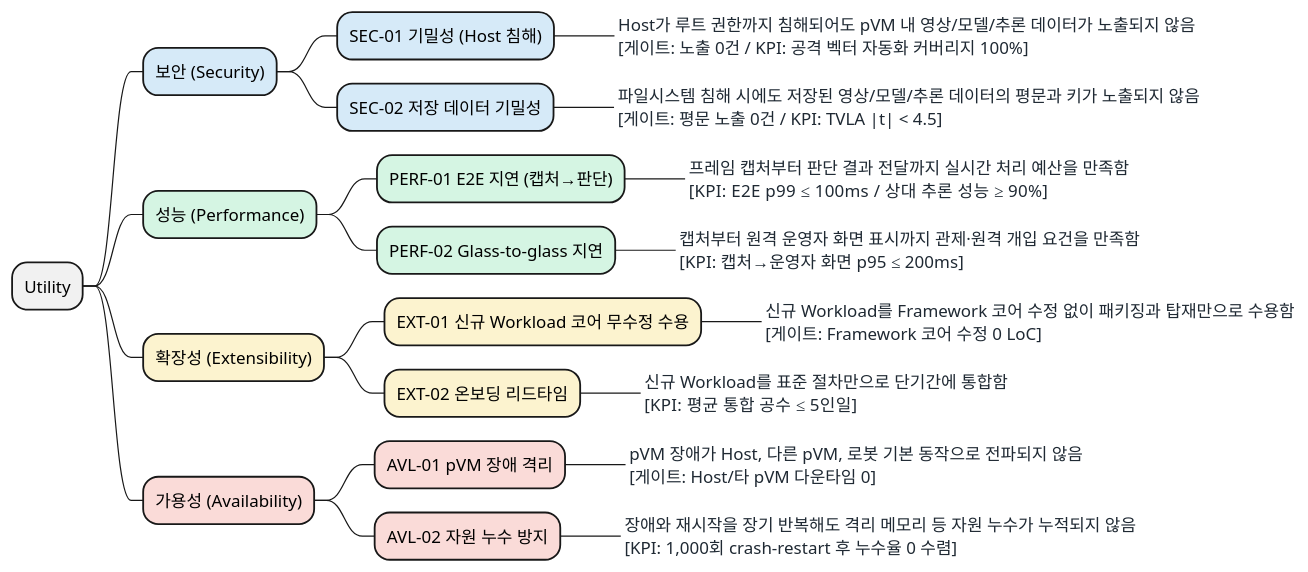
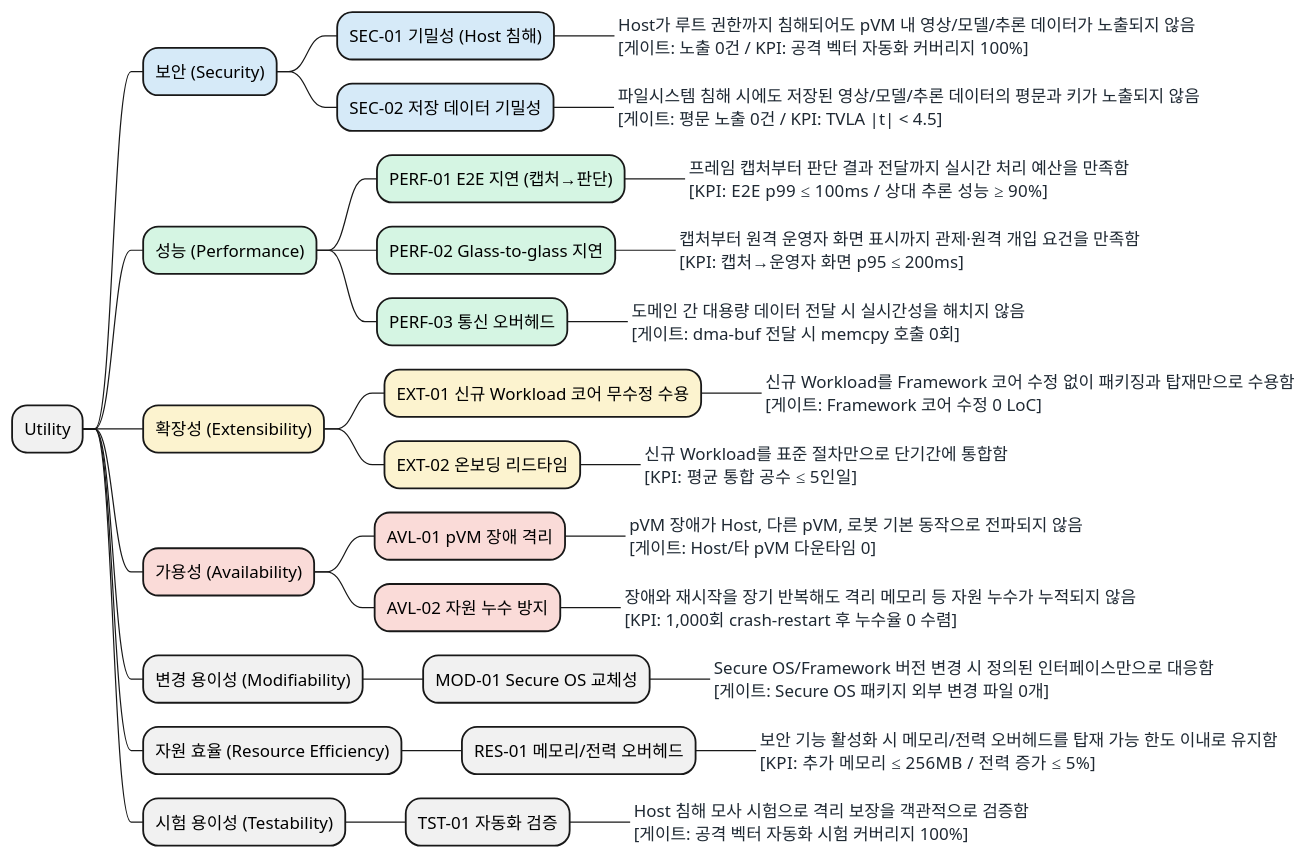
Before and after one commit to boram1288/test-p: the diagram in docs/03_utility_tree.md, drawn with PlantUML. The commit also changed other lines of this file, not shown here.

````diff
--- a/docs/03_utility_tree.md
+++ b/docs/03_utility_tree.md
@@ -27,32 +27,43 @@
 ```plantuml
 @startmindmap
 <style>
 mindmapDiagram {
   boxless {
     FontColor #1F2933
   }
 }
 </style>
 * Utility
 **[#D6EAF8] 보안 (Security)
 ***[#D6EAF8] SEC-01 기밀성 (Host 침해)
 ****_ Host가 루트 권한까지 침해되어도 pVM 내 영상/모델/추론 데이터가 노출되지 않음\n[게이트: 노출 0건 / KPI: 공격 벡터 자동화 커버리지 100%]
 ***[#D6EAF8] SEC-02 저장 데이터 기밀성
 ****_ 파일시스템 침해 시에도 저장된 영상/모델/추론 데이터의 평문과 키가 노출되지 않음\n[게이트: 평문 노출 0건 / KPI: TVLA |t| < 4.5]
 **[#D5F5E3] 성능 (Performance)
 ***[#D5F5E3] PERF-01 E2E 지연 (캡처→판단)
 ****_ 프레임 캡처부터 판단 결과 전달까지 실시간 처리 예산을 만족함\n[KPI: E2E p99 ≤ 100ms / 상대 추론 성능 ≥ 90%]
 ***[#D5F5E3] PERF-02 Glass-to-glass 지연
 ****_ 캡처부터 원격 운영자 화면 표시까지 관제·원격 개입 요건을 만족함\n[KPI: 캡처→운영자 화면 p95 ≤ 200ms]
+***[#D5F5E3] PERF-03 통신 오버헤드
+****_ 도메인 간 대용량 데이터 전달 시 실시간성을 해치지 않음\n[게이트: dma-buf 전달 시 memcpy 호출 0회]
 **[#FCF3CF] 확장성 (Extensibility)
 ***[#FCF3CF] EXT-01 신규 Workload 코어 무수정 수용
 ****_ 신규 Workload를 Framework 코어 수정 없이 패키징과 탑재만으로 수용함\n[게이트: Framework 코어 수정 0 LoC]
 ***[#FCF3CF] EXT-02 온보딩 리드타임
 ****_ 신규 Workload를 표준 절차만으로 단기간에 통합함\n[KPI: 평균 통합 공수 ≤ 5인일]
 **[#FADBD8] 가용성 (Availability)
 ***[#FADBD8] AVL-01 pVM 장애 격리
 ****_ pVM 장애가 Host, 다른 pVM, 로봇 기본 동작으로 전파되지 않음\n[게이트: Host/타 pVM 다운타임 0]
 ***[#FADBD8] AVL-02 자원 누수 방지
 ****_ 장애와 재시작을 장기 반복해도 격리 메모리 등 자원 누수가 누적되지 않음\n[KPI: 1,000회 crash-restart 후 누수율 0 수렴]
+** 변경 용이성 (Modifiability)
+*** MOD-01 Secure OS 교체성
+****_ Secure OS/Framework 버전 변경 시 정의된 인터페이스만으로 대응함\n[게이트: Secure OS 패키지 외부 변경 파일 0개]
+** 자원 효율 (Resource Efficiency)
+*** RES-01 메모리/전력 오버헤드
+****_ 보안 기능 활성화 시 메모리/전력 오버헤드를 탑재 가능 한도 이내로 유지함\n[KPI: 추가 메모리 ≤ 256MB / 전력 증가 ≤ 5%]
+** 시험 용이성 (Testability)
+*** TST-01 자동화 검증
+****_ Host 침해 모사 시험으로 격리 보장을 객관적으로 검증함\n[게이트: 공격 벡터 자동화 시험 커버리지 100%]
 @endmindmap
 ```
````
